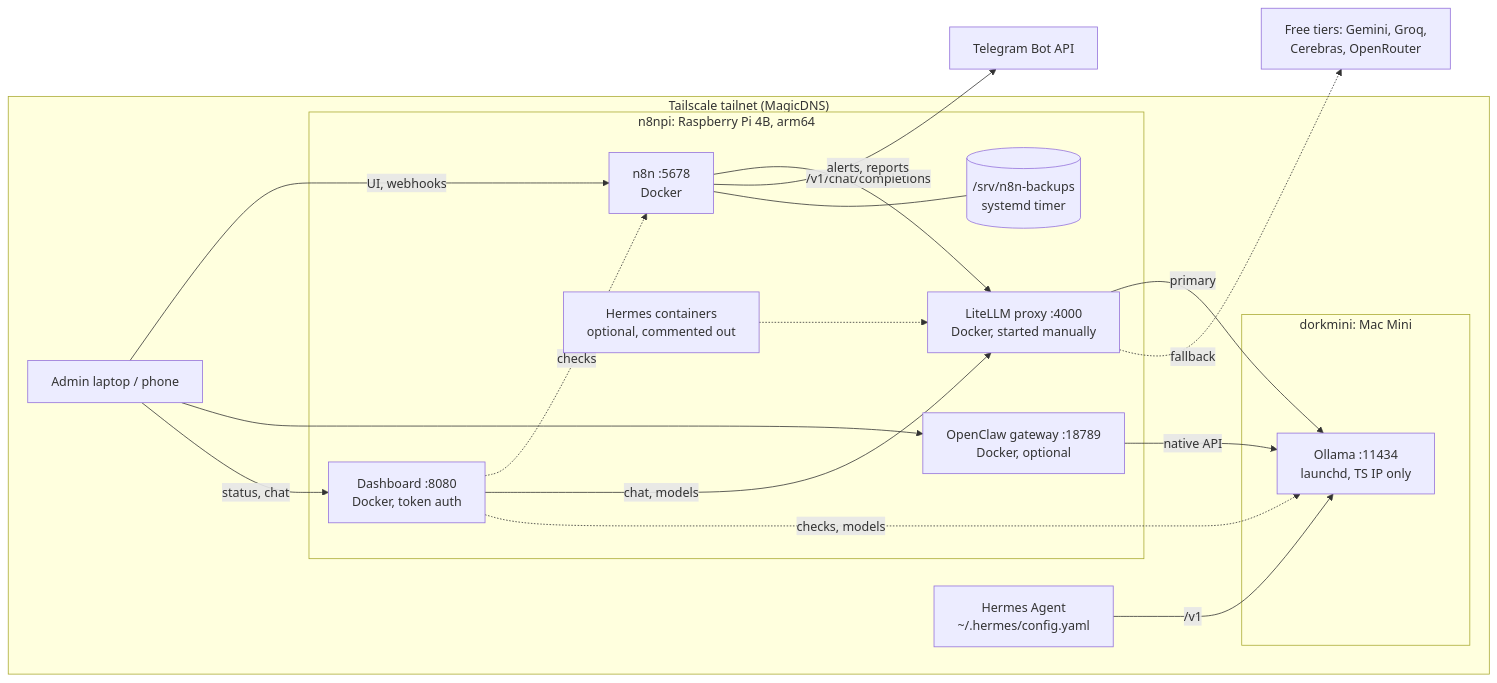
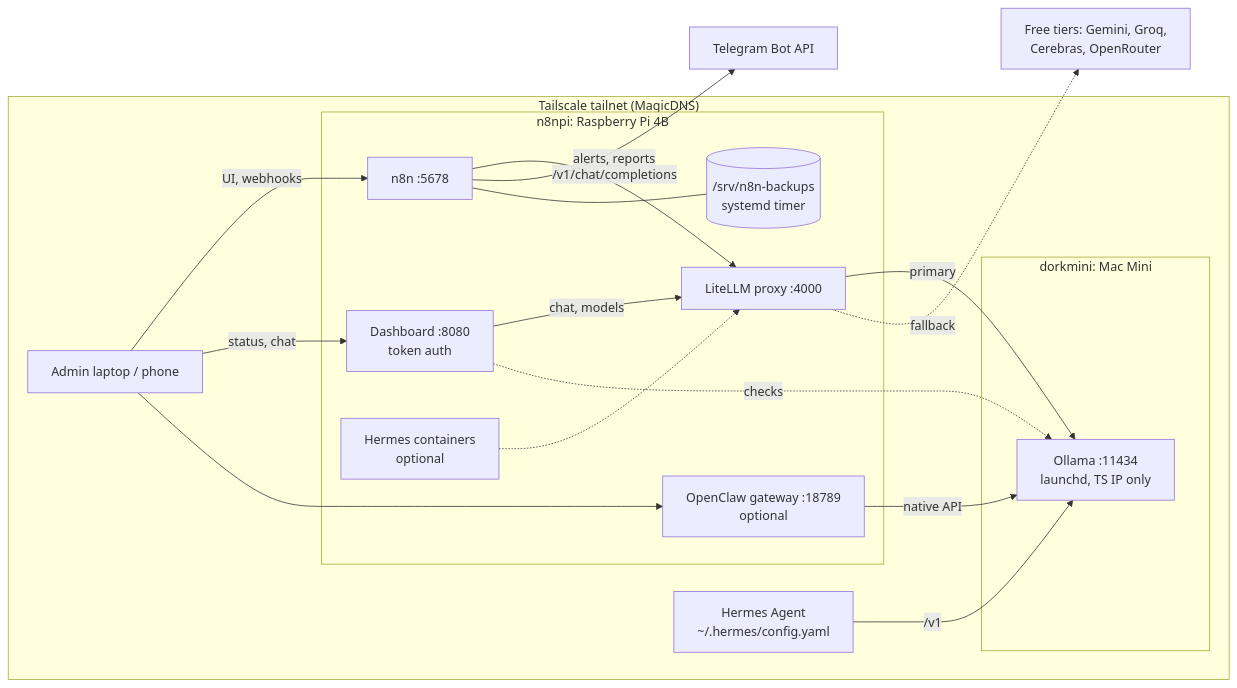
One commit to ScanedDork/ai-homelab changed the diagram in README.md. Above: the diagram before and after it, drawn with Mermaid. The commit also changed other lines of this file and 15 other files, not shown here.

````diff
--- a/README.md
+++ b/README.md
@@ -8,35 +9,34 @@
 ```mermaid
 flowchart LR
   subgraph tailnet["Tailscale tailnet (MagicDNS)"]
     you["Admin laptop / phone"]
-    subgraph pi["n8npi: Raspberry Pi 4B, arm64"]
-      n8n["n8n :5678<br/>Docker"]
-      litellm["LiteLLM proxy :4000<br/>Docker, started manually"]
-      hpi["Hermes containers<br/>optional, commented out"]
+    subgraph pi["n8npi: Raspberry Pi 4B"]
+      n8n["n8n :5678"]
+      litellm["LiteLLM proxy :4000"]
+      dash["Dashboard :8080<br/>token auth"]
       bk[("/srv/n8n-backups<br/>systemd timer")]
-      oc["OpenClaw gateway :18789<br/>Docker, optional"]
-      dash["Dashboard :8080<br/>Docker, token auth"]
+      hpi["Hermes containers<br/>optional"]
+      oc["OpenClaw gateway :18789<br/>optional"]
     end
     subgraph mac["dorkmini: Mac Mini"]
       ollama["Ollama :11434<br/>launchd, TS IP only"]
     end
     hermes["Hermes Agent<br/>~/.hermes/config.yaml"]
   end
   cloud["Free tiers: Gemini, Groq,<br/>Cerebras, OpenRouter"]
   tg["Telegram Bot API"]
 
   you -->|UI, webhooks| n8n
+  you -->|status, chat| dash
   you --> oc
-  you -->|status, chat| dash
-  dash -.->|checks| n8n
+  n8n -->|/v1/chat/completions| litellm
   dash -->|chat, models| litellm
-  dash -.->|checks, models| ollama
-  n8n -->|/v1/chat/completions| litellm
+  dash -.->|checks| ollama
   litellm -->|primary| ollama
   litellm -.->|fallback| cloud
   hermes -->|/v1| ollama
   oc -->|native API| ollama
   hpi -.-> litellm
   n8n -->|alerts, reports| tg
   n8n --- bk
 ```
````
